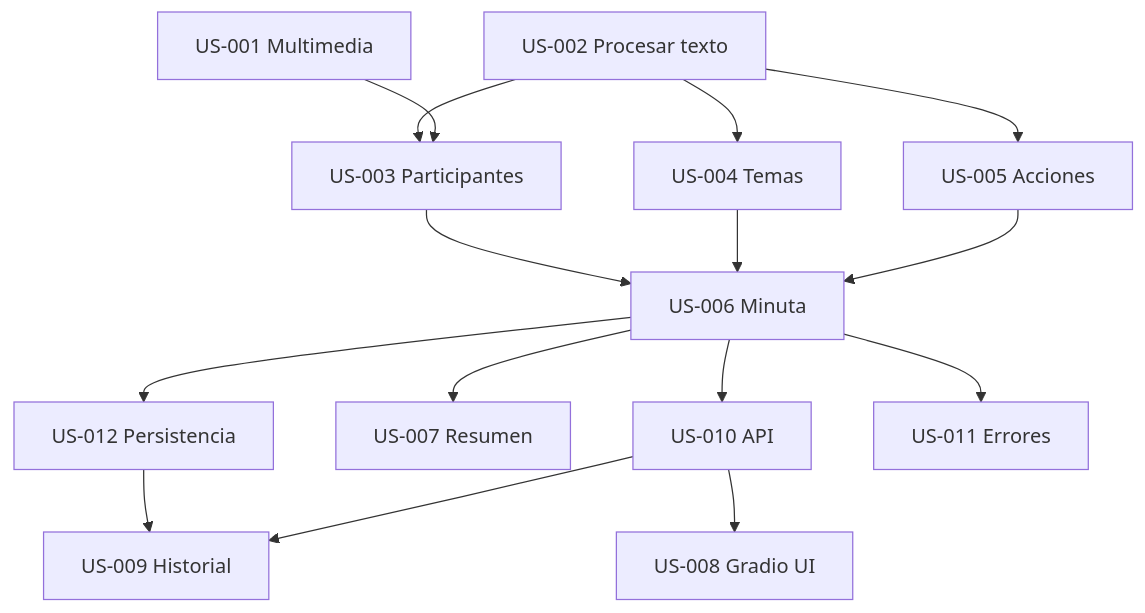
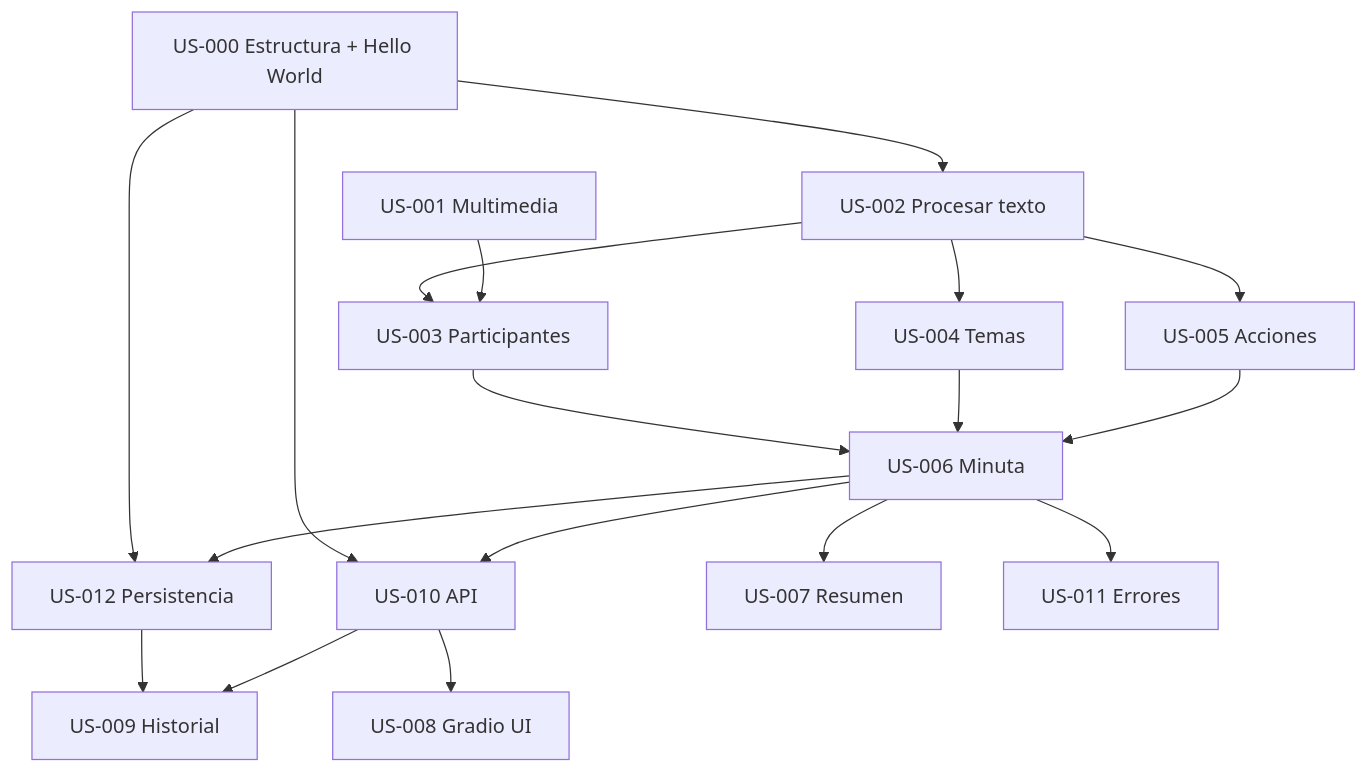
The diagram in docs/planning/03-backlog-priorizado.md (cenavia/meetmind), drawn with Mermaid before and after one commit. The commit also changed other lines of this file and 16 other files, not shown here.

````diff
--- a/docs/planning/03-backlog-priorizado.md
+++ b/docs/planning/03-backlog-priorizado.md
@@ -59,17 +64,20 @@
 ```mermaid
 graph TD
-    US012[US-012 Persistencia] --> US009[US-009 Historial]
+    US000[US-000 Estructura + Hello World] --> US012[US-012 Persistencia]
+    US000 --> US002[US-002 Procesar texto]
+    US000 --> US010[US-010 API]
+    US012 --> US009[US-009 Historial]
     US002[US-002 Procesar texto] --> US003[US-003 Participantes]
     US002 --> US004[US-004 Temas]
     US002 --> US005[US-005 Acciones]
     US003 --> US006[US-006 Minuta]
     US004 --> US006
     US005 --> US006
     US006 --> US007[US-007 Resumen]
     US006 --> US012
     US001[US-001 Multimedia] --> US003
     US006 --> US010[US-010 API]
     US010 --> US008[US-008 Gradio UI]
     US010 --> US009
     US006 --> US011[US-011 Errores]
 ```
````
